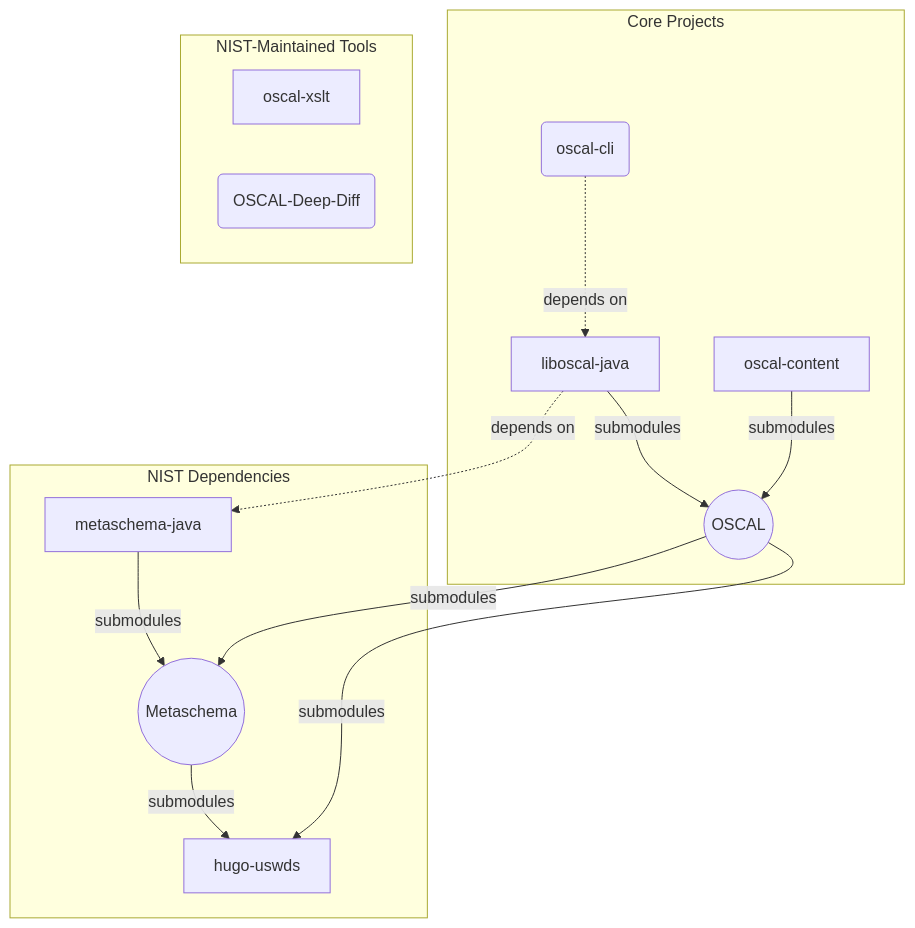
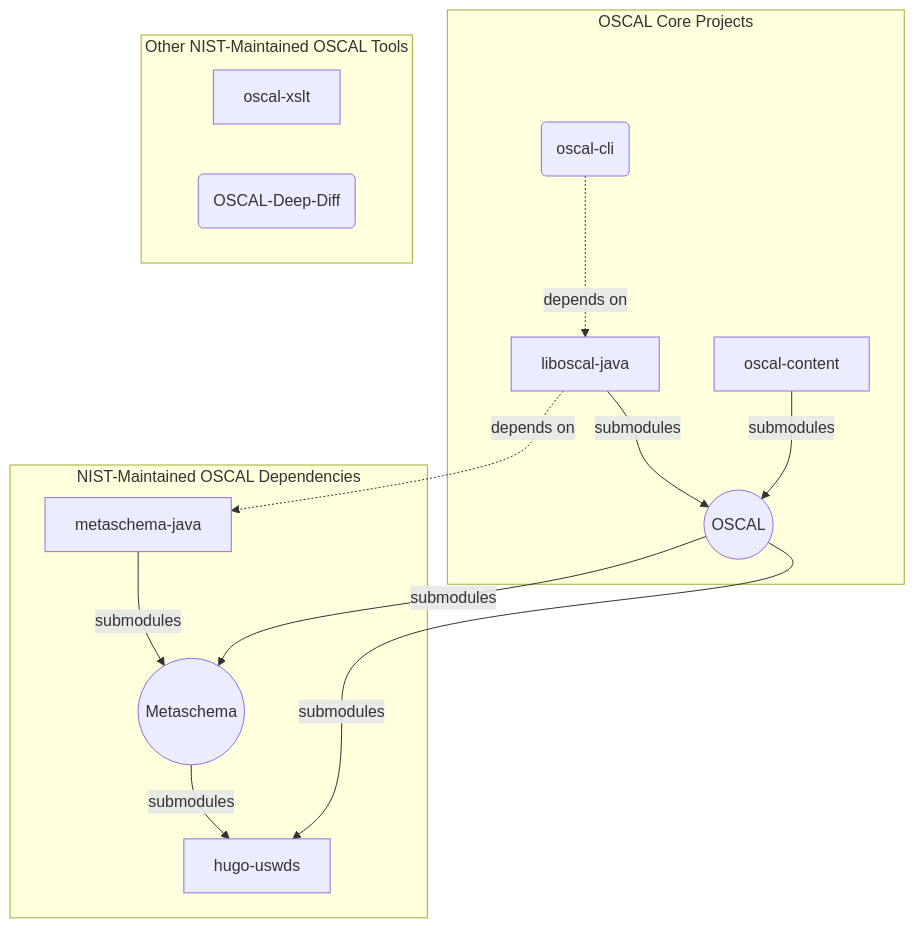
The diagram in docs/content/about/projects/_index.md (usnistgov/OSCAL), drawn with Mermaid before and after one commit.

Commit message:
Update project structure graphic

```diff
--- a/docs/content/about/projects/_index.md
+++ b/docs/content/about/projects/_index.md
@@ -13,30 +13,30 @@
 {{<mermaid>}}
 graph TD
-    subgraph "NIST Dependencies"
+    subgraph "NIST-Maintained OSCAL Dependencies"
         metaschema((Metaschema))
         metaschema-java
         hugo-uswds
         
         metaschema-java-->|submodules|metaschema
         metaschema-->|submodules|hugo-uswds
     end
 
-    subgraph "Core Projects"
+    subgraph "OSCAL Core Projects"
         oscal((OSCAL));
         liboscal-java
         oscal-cli(oscal-cli)
         oscal-content
 
         oscal-cli-.->|depends on|liboscal-java-->|submodules|oscal
         oscal-content-->|submodules|oscal
     end
     
-    subgraph "NIST-Maintained Tools"
+    subgraph "Other NIST-Maintained OSCAL Tools"
         oscal-xslt
         oscal-deep-diff(OSCAL-Deep-Diff)
     end
     
     oscal-->|submodules|metaschema
     oscal-->|submodules|hugo-uswds
     liboscal-java-.->|depends on|metaschema-java
 {{</mermaid>}}
```
